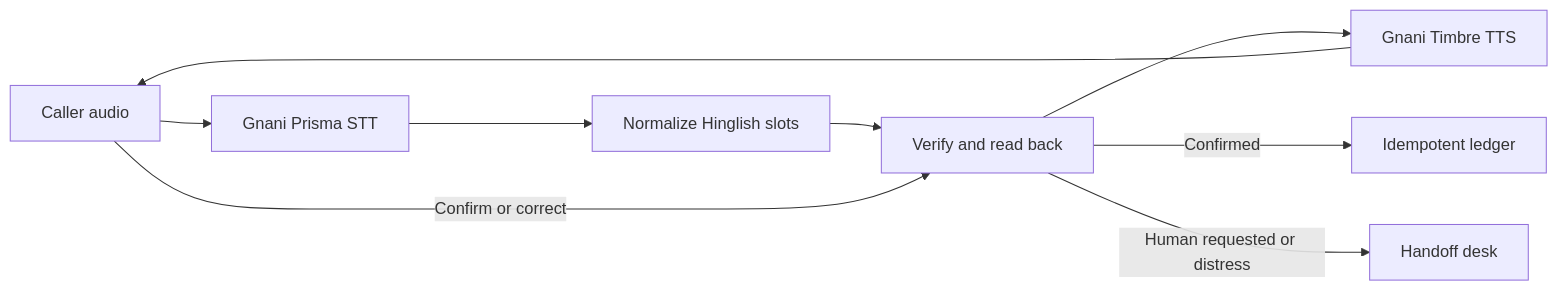
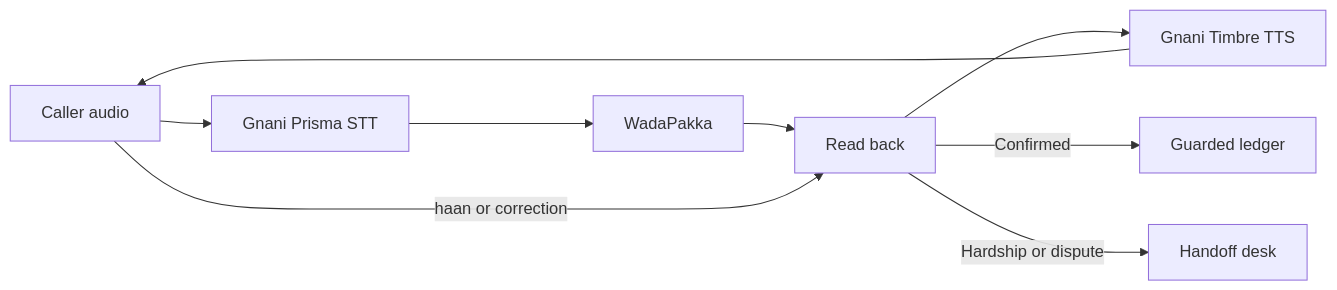
The diagram in README.md (Thesilentprogramer/wadapakka), drawn with Mermaid before and after one commit. The commit also changed other lines of this file and 7 other files, not shown here.

````diff
--- a/README.md
+++ b/README.md
@@ -21,11 +49,11 @@
 ```mermaid
 flowchart LR
     A[Caller audio] --> B[Gnani Prisma STT]
-    B --> C[Normalize Hinglish slots]
-    C --> D[Verify and read back]
+    B --> C[WadaPakka]
+    C --> D[Read back]
     D --> E[Gnani Timbre TTS]
     E --> A
-    A -->|Confirm or correct| D
-    D -->|Confirmed| F[Idempotent ledger]
-    D -->|Human requested or distress| G[Handoff desk]
+    A -->|haan or correction| D
+    D -->|Confirmed| F[Guarded ledger]
+    D -->|Hardship or dispute| G[Handoff desk]
 ```
````
